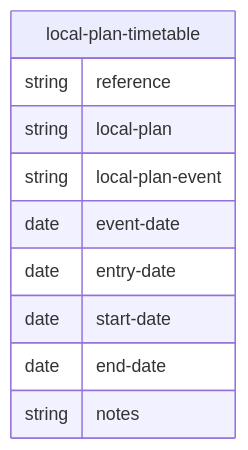
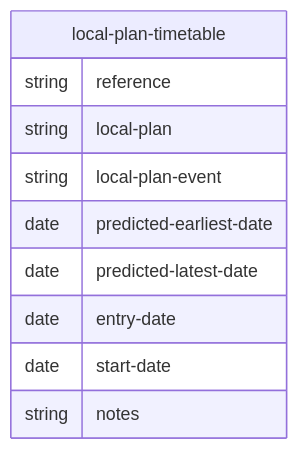
The diagram in docs/mermaid/local-plan-timetable.md (digital-land/specification), drawn with Mermaid before and after one commit. The commit also changed 92 other files, not shown here.

````diff
--- a/docs/mermaid/local-plan-timetable.md
+++ b/docs/mermaid/local-plan-timetable.md
@@ -4,13 +4,13 @@
 ```mermaid
 erDiagram
     local-plan-timetable {
         string reference
         string local-plan
         string local-plan-event
-        date event-date
+        date predicted-earliest-date
+        date predicted-latest-date
         date entry-date
         date start-date
-        date end-date
         string notes
     }
 ```
````
